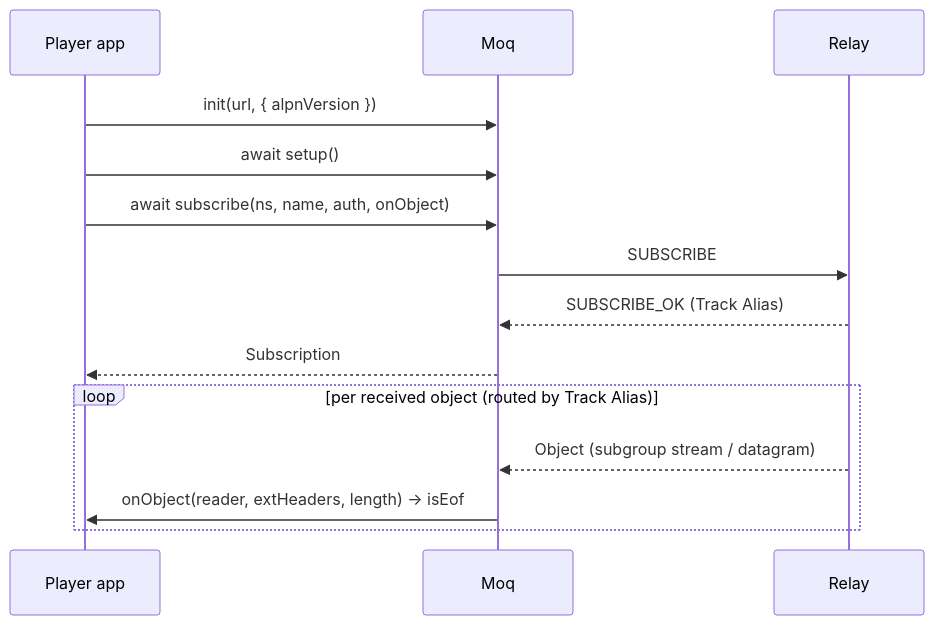
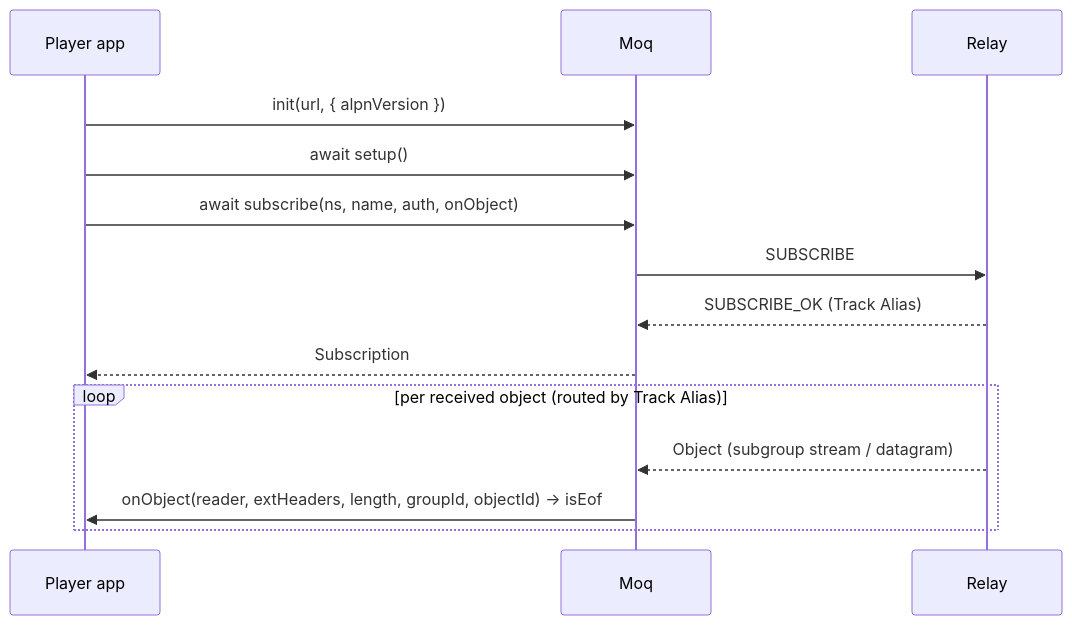
Before and after one commit to facebookexperimental/moq-encoder-player: the sixth of 6 diagrams in src/moq/README.md, drawn with Mermaid. The commit also changed other lines of this file and 6 other files, not shown here.

````diff
--- a/src/moq/README.md
+++ b/src/moq/README.md
@@ -139,16 +139,16 @@
 ```mermaid
 sequenceDiagram
   participant App as Player app
   participant Moq
   participant Relay
   App->>Moq: init(url, { alpnVersion })
   App->>Moq: await setup()
   App->>Moq: await subscribe(ns, name, auth, onObject)
   Moq->>Relay: SUBSCRIBE
   Relay-->>Moq: SUBSCRIBE_OK (Track Alias)
   Moq-->>App: Subscription
   loop per received object (routed by Track Alias)
     Relay-->>Moq: Object (subgroup stream / datagram)
-    Moq->>App: onObject(reader, extHeaders, length) → isEof
+    Moq->>App: onObject(reader, extHeaders, length, groupId, objectId) → isEof
   end
 ```
````
